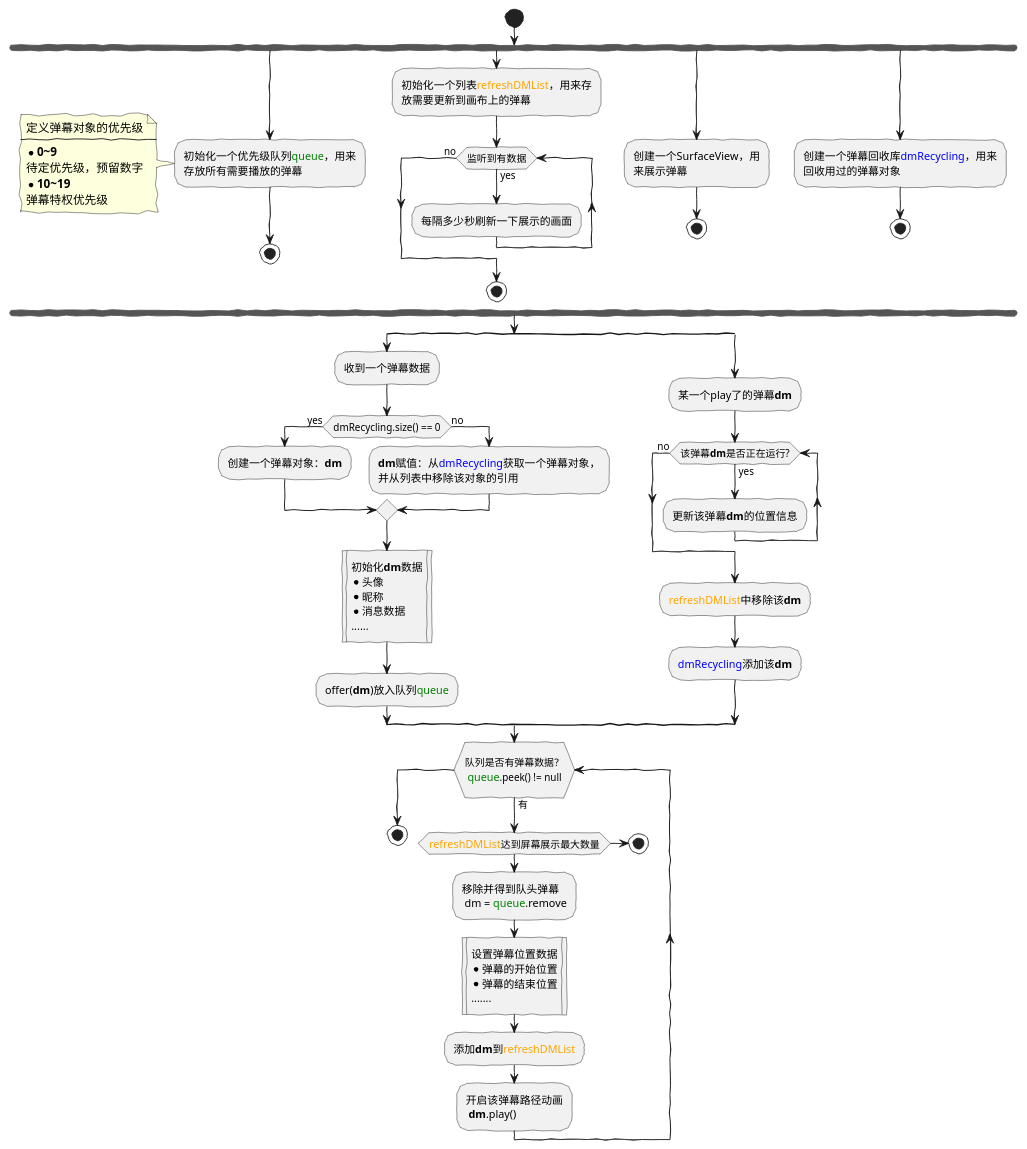
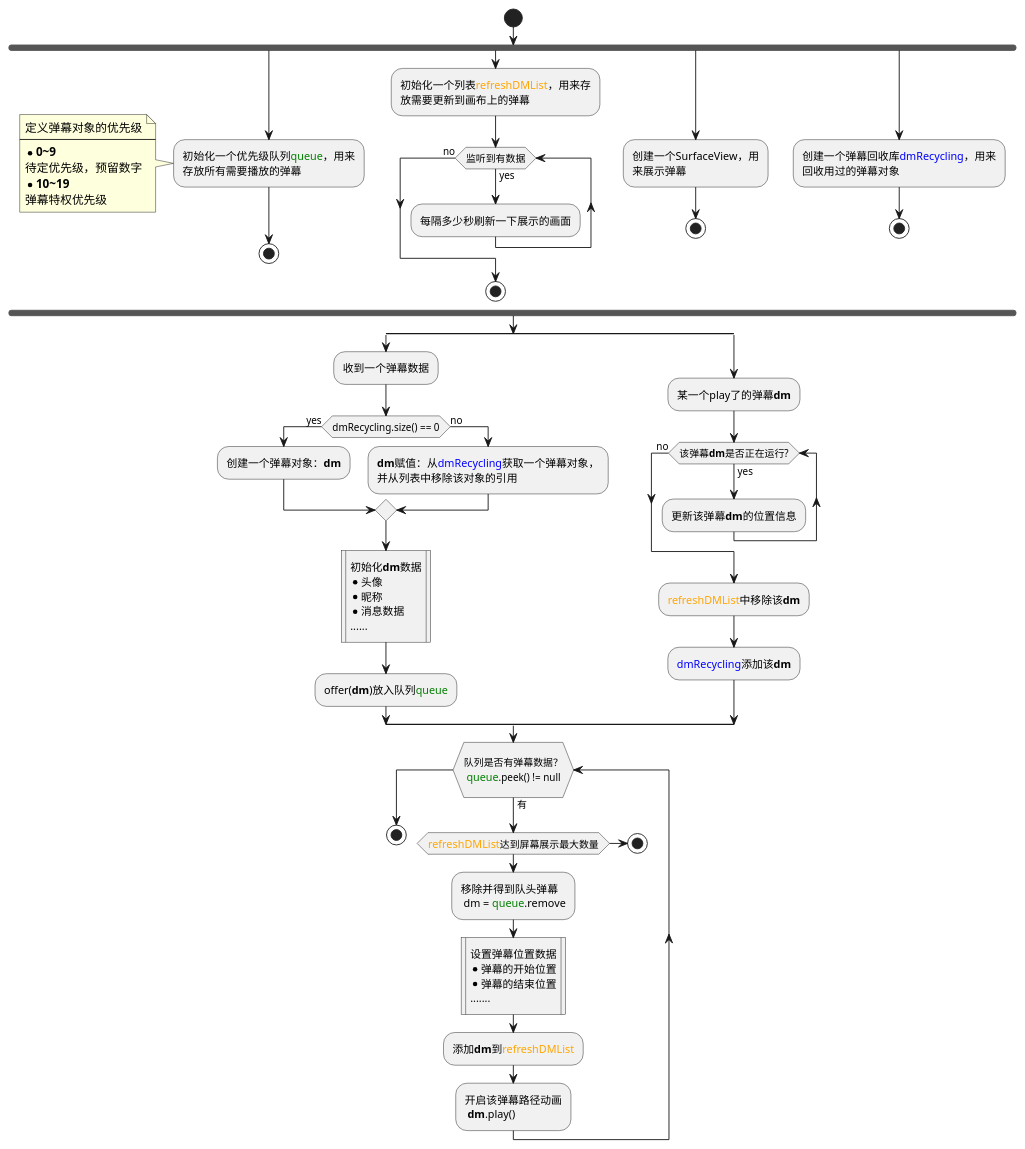
The diagram in 项目弹幕模型.puml (xujiaji/DMView2), drawn with PlantUML before and after one commit. The commit also changed 1 other file, not shown here.

```diff
--- a/项目弹幕模型.puml
+++ b/项目弹幕模型.puml
@@ -1,72 +1,71 @@
 @startuml
-skinparam handwritten true
 start
 fork
     :初始化一个优先级队列<font size="12" color="green">queue</font>，用来
     存放所有需要播放的弹幕;
     note left
 定义弹幕对象的优先级
 ----
 *<b>0~9</b>
 待定优先级，预留数字
 *<b>10~19</b>
 弹幕特权优先级
     end note
     stop
 fork again
     :初始化一个列表<font size="12" color="orange">refreshDMList</font>，用来存
     放需要更新到画布上的弹幕;
     while (监听到有数据) is (yes)
         :每隔多少秒刷新一下展示的画面;
     end while(no)
     stop
 fork again
     :创建一个SurfaceView，用
     来展示弹幕;
     stop
 fork again
     :创建一个弹幕回收库<font size="12" color="blue">dmRecycling</font>，用来
     回收用过的弹幕对象;
     stop
 end fork
 split
     :收到一个弹幕数据;
     if (dmRecycling.size() == 0) then (yes)
         :创建一个弹幕对象：**dm**;
     else (no)
         :**dm**赋值：从<font size="12" color="blue">dmRecycling</font>获取一个弹幕对象，
         并从列表中移除该对象的引用;
     endif
     :初始化**dm**数据
 *头像
 *昵称
 *消息数据
 ......|
     :offer(**dm**)放入队列<font size="12" color="green">queue</font>;
 split again
 :某一个play了的弹幕**dm**;
     while(该弹幕**dm**是否正在运行?) is (yes)
         :更新该弹幕**dm**的位置信息;
     end while(no)
     :<font size="12" color="orange">refreshDMList</font>中移除该**dm**;
     :<font size="12" color="blue">dmRecycling</font>添加该**dm**;
 end split
 
 while (\n队列是否有弹幕数据？\n <font size="12" color="green">queue</font>.peek() != null\n) is (有)
     if(<font size="12" color="orange">refreshDMList</font>达到屏幕展示最大数量) then
     stop
     endif
     :移除并得到队头弹幕\n dm = <font size="12" color="green">queue</font>.remove;
 :设置弹幕位置数据
 *弹幕的开始位置
 *弹幕的结束位置
 .......|
 :添加**dm**到<font size="12" color="orange">refreshDMList</font>;
     :开启该弹幕路径动画\n **dm**.play();
 
 '    while (监听该弹幕**dm**) is (运行)
 '    :更新弹幕**dm**当前位置;
 '    end while(结束)
 end while
 stop
 @enduml
```
